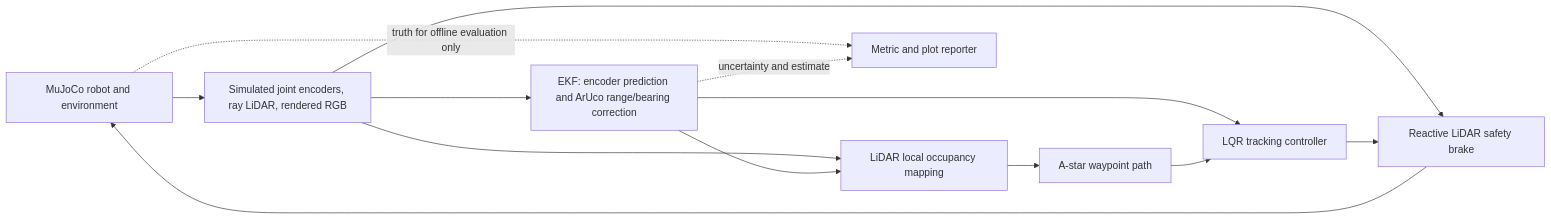
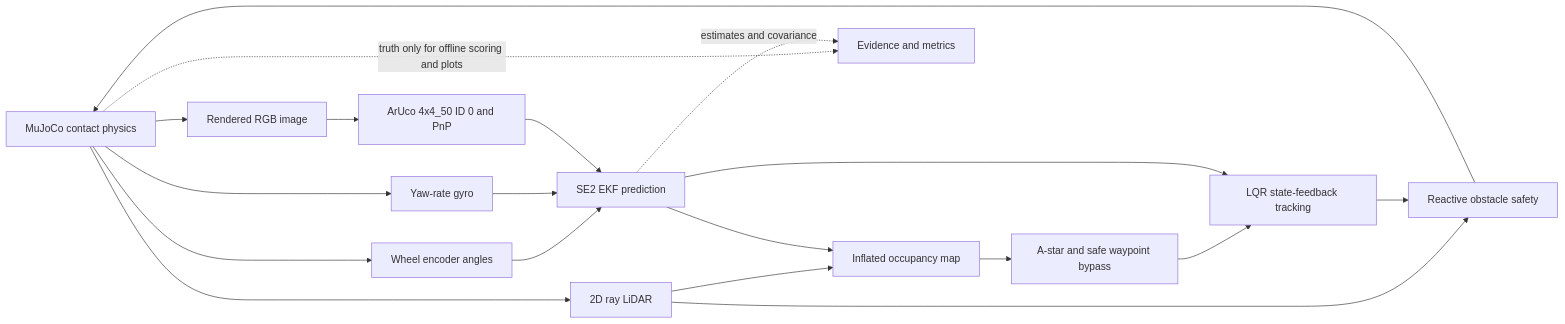
Before and after one commit to TvashBansal/TurtleBot-Navigation: the diagram in README.md, drawn with Mermaid. The commit also changed other lines of this file, not shown here.

````diff
--- a/README.md
+++ b/README.md
@@ -14,15 +35,21 @@
 ```mermaid
 flowchart LR
-    P[MuJoCo robot and environment] --> S[Simulated joint encoders, ray LiDAR, rendered RGB]
-    S --> E[EKF: encoder prediction and ArUco range/bearing correction]
-    S --> M[LiDAR local occupancy mapping]
-    E --> M
-    M --> A[A-star waypoint path]
-    E --> C[LQR tracking controller]
-    A --> C
-    S --> B[Reactive LiDAR safety brake]
-    C --> B
-    B --> P
-    P -. truth for offline evaluation only .-> Q[Metric and plot reporter]
-    E -. uncertainty and estimate .-> Q
+  MJ[MuJoCo contact physics] --> ENC[Wheel encoder angles]
+  MJ --> IMU[Yaw-rate gyro]
+  MJ --> LID[2D ray LiDAR]
+  MJ --> RGB[Rendered RGB image]
+  ENC --> EKF[SE2 EKF prediction]
+  IMU --> EKF
+  RGB --> AR[ArUco 4x4_50 ID 0 and PnP]
+  AR --> EKF
+  LID --> MAP[Inflated occupancy map]
+  EKF --> MAP
+  MAP --> ASTAR[A-star and safe waypoint bypass]
+  ASTAR --> LQR[LQR state-feedback tracking]
+  EKF --> LQR
+  LID --> BRAKE[Reactive obstacle safety]
+  LQR --> BRAKE
+  BRAKE --> MJ
+  MJ -. truth only for offline scoring and plots .-> REP[Evidence and metrics]
+  EKF -. estimates and covariance .-> REP
 ```
````
